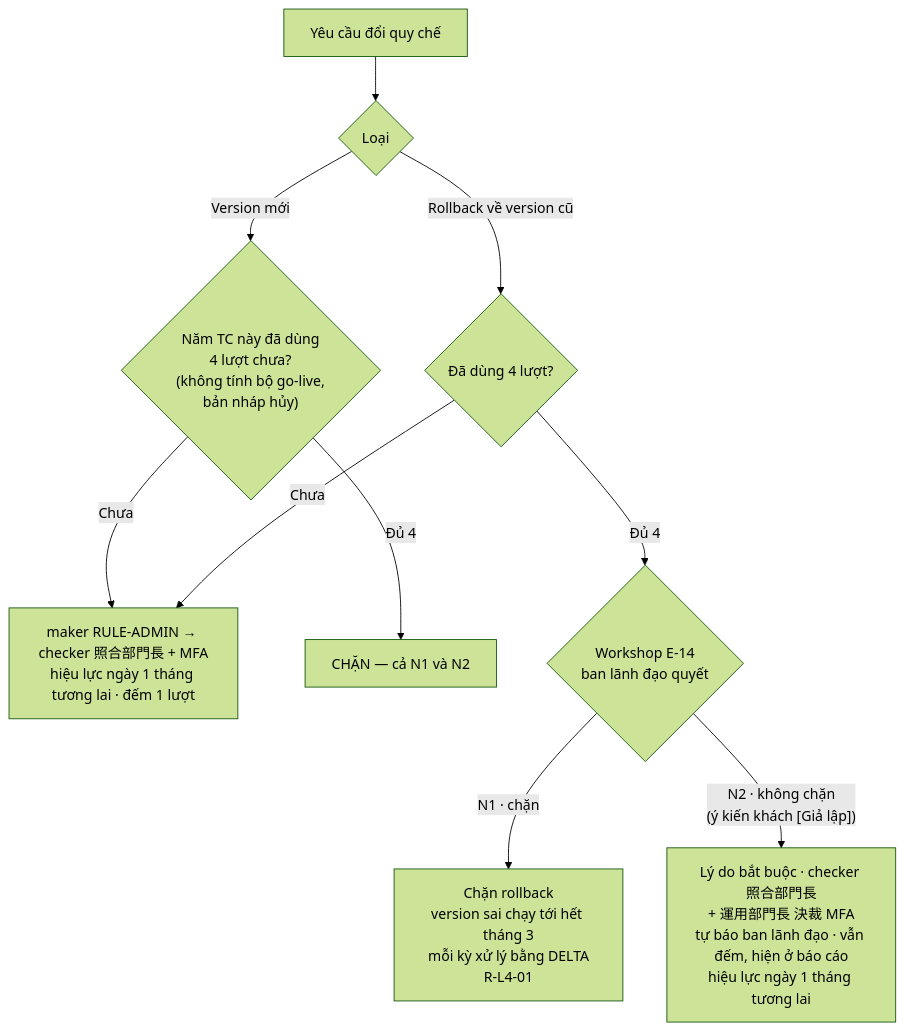
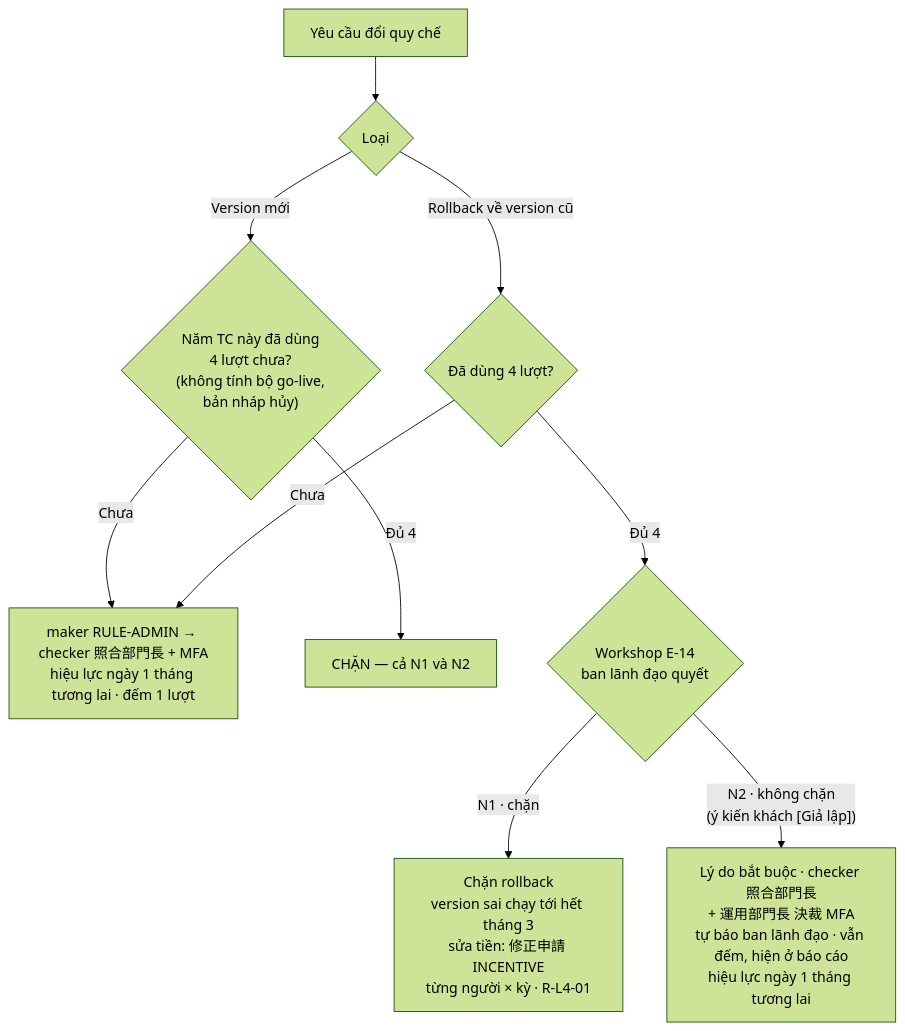
Before and after one commit to phuongnnm-23344/lab-wholesale-market: the fifth of 5 diagrams in architecture/ARCHITECTURE.md, drawn with Mermaid (forest theme). The commit also changed other lines of this file and 13 other files, not shown here.

First line of the commit message:
docs(lab-4): align PREMISE, architecture and ADRs with Gate 1 review

````diff
--- a/architecture/ARCHITECTURE.md
+++ b/architecture/ARCHITECTURE.md
@@ -242,12 +245,12 @@
 ```mermaid
 flowchart TD
   S["Yêu cầu đổi quy chế"] --> K{"Loại"}
   K -- "Version mới" --> Q1{"Năm TC này đã dùng<br/>4 lượt chưa?<br/>(không tính bộ go-live,<br/>bản nháp hủy)"}
   Q1 -- "Chưa" --> OK["maker RULE-ADMIN → checker 照合部門長 + MFA<br/>hiệu lực ngày 1 tháng tương lai · đếm 1 lượt"]
   Q1 -- "Đủ 4" --> NO["CHẶN — cả N1 và N2"]
   K -- "Rollback về version cũ" --> Q2{"Đã dùng 4 lượt?"}
   Q2 -- "Chưa" --> OK
   Q2 -- "Đủ 4" --> WS{"Workshop E-14<br/>ban lãnh đạo quyết"}
-  WS -- "N1 · chặn" --> N1["Chặn rollback<br/>version sai chạy tới hết tháng 3<br/>mỗi kỳ xử lý bằng DELTA<br/>R-L4-01"]
+  WS -- "N1 · chặn" --> N1["Chặn rollback<br/>version sai chạy tới hết tháng 3<br/>sửa tiền: 修正申請 INCENTIVE<br/>từng người × kỳ · R-L4-01"]
   WS -- "N2 · không chặn<br/>(ý kiến khách [Giả lập])" --> N2["Lý do bắt buộc · checker 照合部門長<br/>+ 運用部門長 決裁 MFA<br/>tự báo ban lãnh đạo · vẫn đếm, hiện ở báo cáo<br/>hiệu lực ngày 1 tháng tương lai"]
 ```
````
